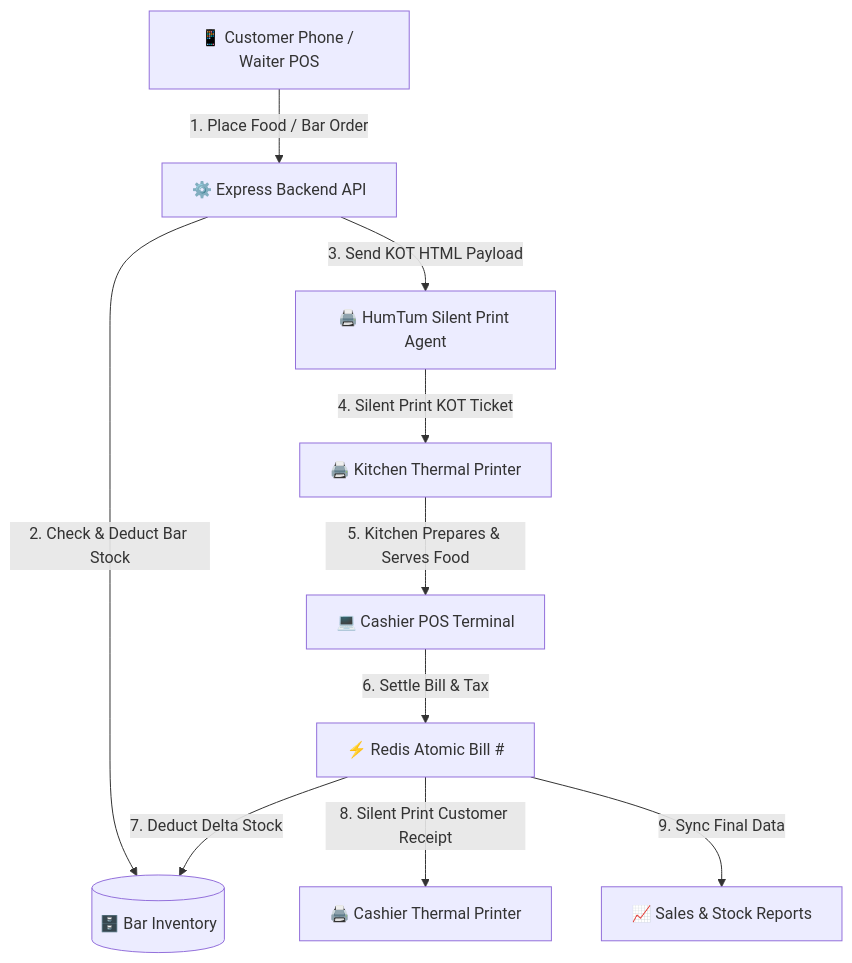
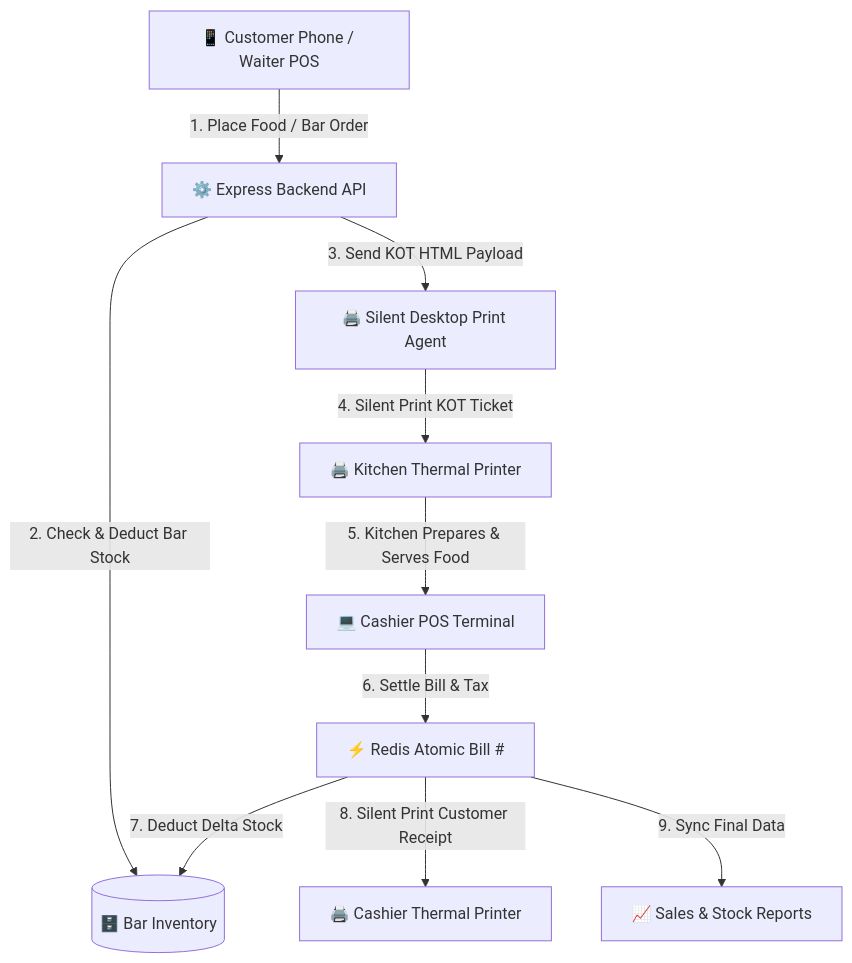
One commit to trooooperr/HumTum-POS changed the second of 4 diagrams in README.md. Above: the diagram before and after it, drawn with Mermaid. The commit also changed other lines of this file, not shown here.

````diff
--- a/README.md
+++ b/README.md
@@ -75,13 +75,13 @@
 ```mermaid
 flowchart TD
     A["📱 Customer Phone / Waiter POS"] -->|1. Place Food / Bar Order| B["⚙️ Express Backend API"]
     B -->|2. Check & Deduct Bar Stock| C[("🗄️ Bar Inventory")]
-    B -->|3. Send KOT HTML Payload| D["🖨️ HumTum Silent Print Agent"]
+    B -->|3. Send KOT HTML Payload| D["🖨️ Silent Desktop Print Agent"]
     D -->|4. Silent Print KOT Ticket| E["🖨️ Kitchen Thermal Printer"]
     
     E -->|5. Kitchen Prepares & Serves Food| F["💻 Cashier POS Terminal"]
     F -->|6. Settle Bill & Tax| G["⚡ Redis Atomic Bill #"]
     G -->|7. Deduct Delta Stock| C
     G -->|8. Silent Print Customer Receipt| H["🖨️ Cashier Thermal Printer"]
     G -->|9. Sync Final Data| I["📈 Sales & Stock Reports"]
 ```
````
